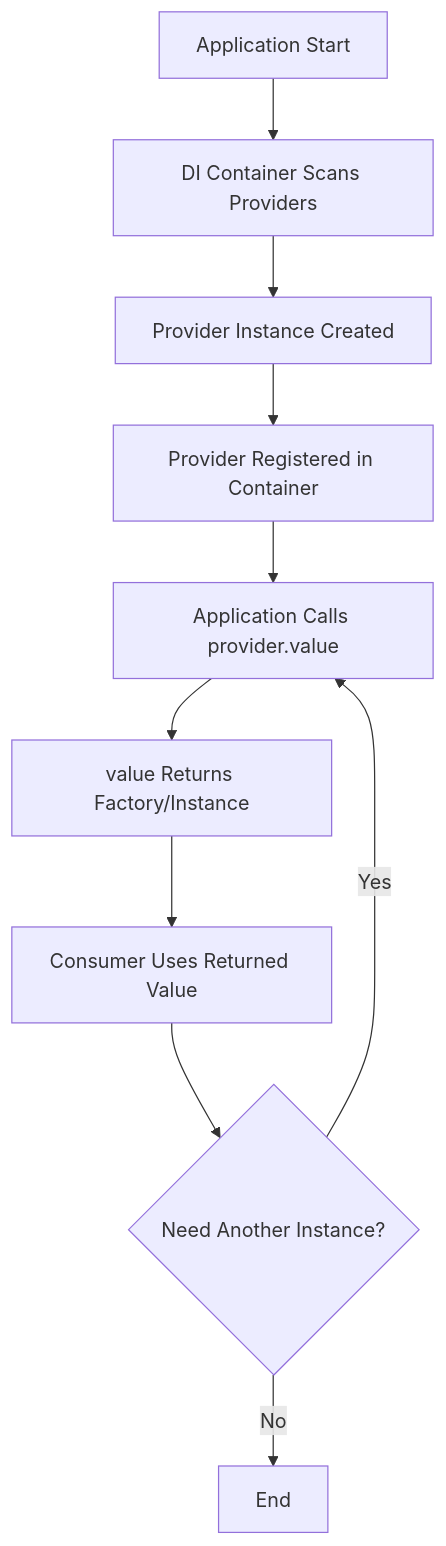
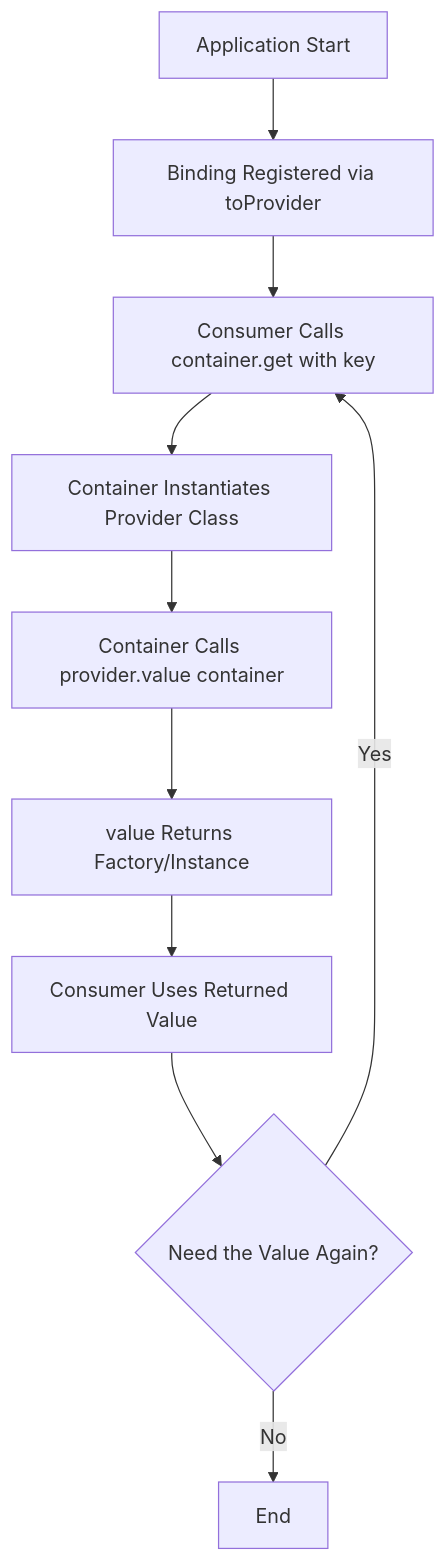
One commit to VENIZIA-AI/ignis changed the diagram in docs/wiki/content/references/base/providers.md. Above: the diagram before and after it, drawn with Mermaid. The commit also changed other lines of this file and 339 other files, not shown here.

````diff
--- a/docs/wiki/content/references/base/providers.md
+++ b/docs/wiki/content/references/base/providers.md
@@ -304,12 +313,12 @@
 ```mermaid
 graph TD
-    A[Application Start] --> B[DI Container Scans Providers]
-    B --> C[Provider Instance Created]
-    C --> D[Provider Registered in Container]
-    D --> E[Application Calls provider.value]
+    A[Application Start] --> B[Binding Registered via toProvider]
+    B --> C[Consumer Calls container.get with key]
+    C --> D[Container Instantiates Provider Class]
+    D --> E[Container Calls provider.value container]
     E --> F[value Returns Factory/Instance]
     F --> G[Consumer Uses Returned Value]
-    G --> H{Need Another Instance?}
-    H -->|Yes| E
+    G --> H{Need the Value Again?}
+    H -->|Yes| C
     H -->|No| I[End]
 ```
````
